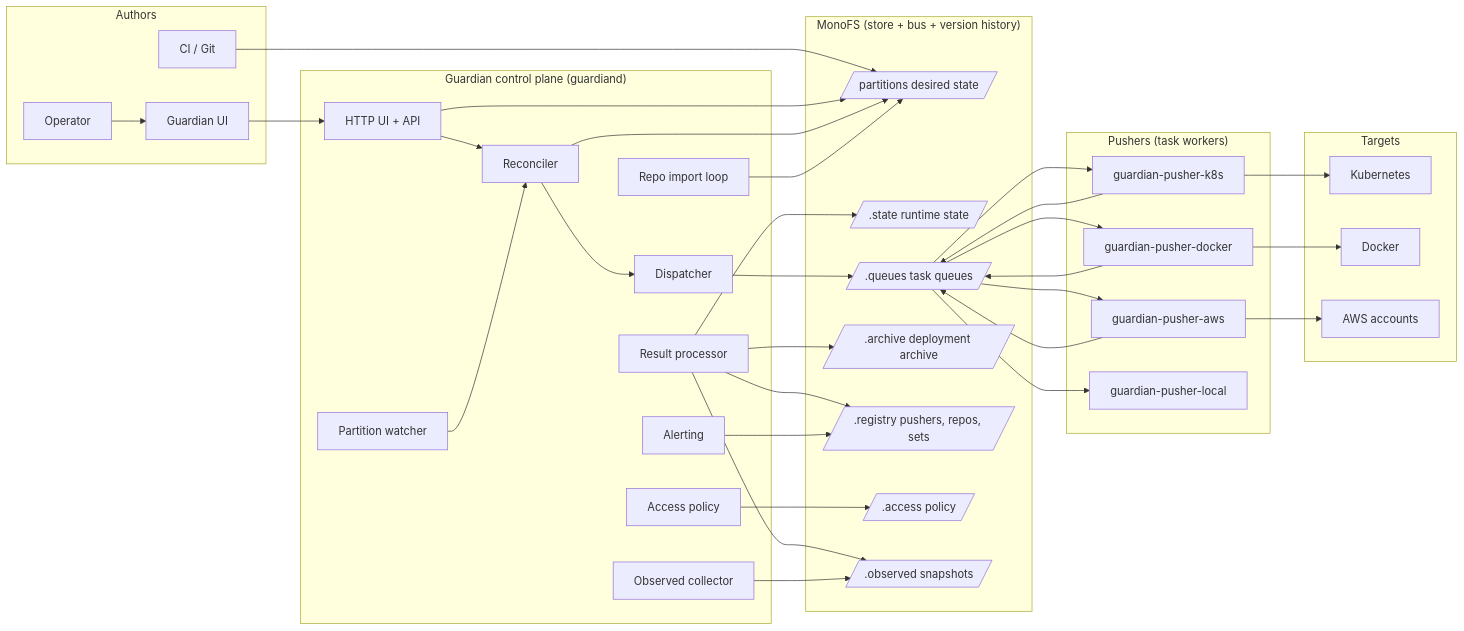
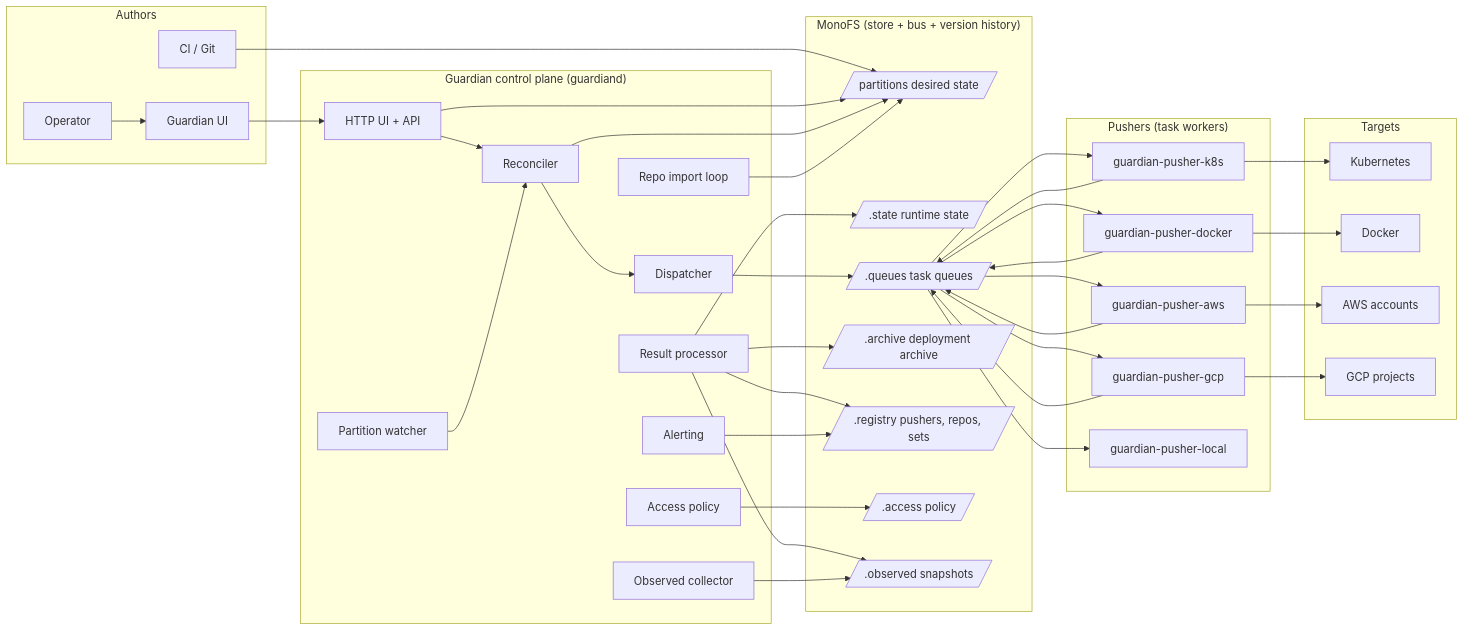
Before and after one commit to radryc/guardian: the first of 4 diagrams in docs/architecture.md, drawn with Mermaid. The commit also changed other lines of this file and 233 other files, not shown here.

````diff
--- a/docs/architecture.md
+++ b/docs/architecture.md
@@ -23,71 +23,76 @@
 ```mermaid
 flowchart LR
     subgraph Authors
         OP[Operator]
         CI[CI / Git]
         UI[Guardian UI]
     end
 
     subgraph ControlPlane["Guardian control plane (guardiand)"]
         API[HTTP UI + API]
         REC[Reconciler]
         WATCH[Partition watcher]
         DISP[Dispatcher]
         RES[Result processor]
         OBS[Observed collector]
         ALERT[Alerting]
         ACC[Access policy]
         RIMPORT[Repo import loop]
     end
 
     subgraph Storage["MonoFS (store + bus + version history)"]
         DESIRED[/partitions desired state/]
         STATE[/.state runtime state/]
         QUEUE[/.queues task queues/]
         ARCHIVE[/.archive deployment archive/]
         REG[/.registry pushers, repos, sets/]
         ACCESS[/.access policy/]
         OBSERVED[/.observed snapshots/]
     end
 
     subgraph Workers["Pushers (task workers)"]
         K8S[guardian-pusher-k8s]
         DOCKER[guardian-pusher-docker]
         AWS[guardian-pusher-aws]
+        GCP[guardian-pusher-gcp]
         LOCAL[guardian-pusher-local]
     end
 
     subgraph Targets
         K[Kubernetes]
         D[Docker]
         A[AWS accounts]
+        G[GCP projects]
     end
 
     OP --> UI
     CI --> DESIRED
     UI --> API
     API --> DESIRED
     API --> REC
     WATCH --> REC
     REC --> DESIRED
     REC --> DISP
     DISP --> QUEUE
     QUEUE --> K8S
     QUEUE --> DOCKER
     QUEUE --> AWS
+    QUEUE --> GCP
     QUEUE --> LOCAL
     K8S --> K
     DOCKER --> D
     AWS --> A
+    GCP --> G
     K8S --> QUEUE
     DOCKER --> QUEUE
     AWS --> QUEUE
+    GCP --> QUEUE
     RES --> STATE
     RES --> ARCHIVE
     RES --> REG
     RES --> OBSERVED
     OBS --> OBSERVED
     ALERT --> REG
     ACC --> ACCESS
     RIMPORT --> DESIRED
 ```
````
